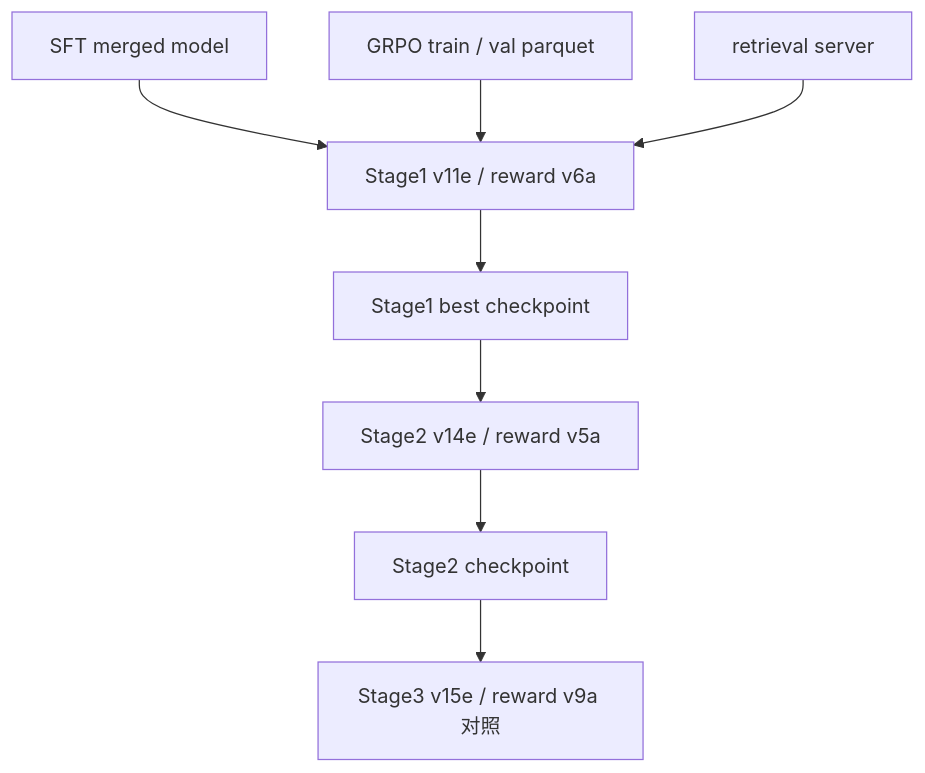
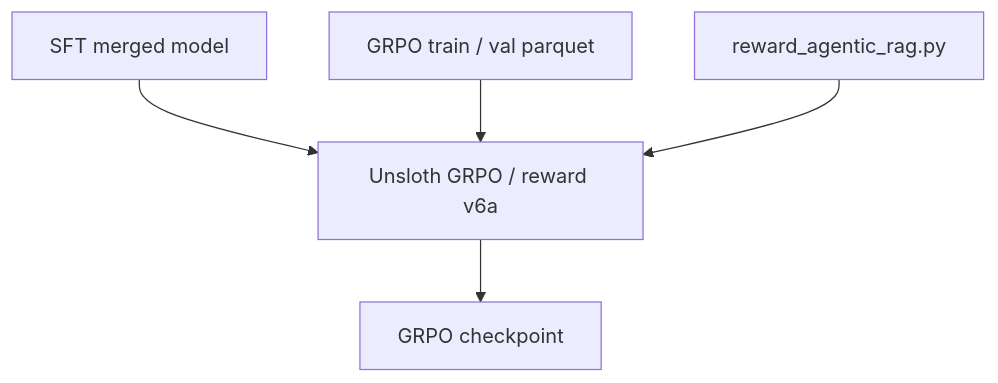
Diagram 15 of 16 in demo/README.md (Lafinger/AgenticRAG-RL), drawn with Mermaid before and after one commit. The commit also changed other lines of this file and 34 other files, not shown here.

````diff
--- a/demo/README.md
+++ b/demo/README.md
@@ -900,10 +900,7 @@
 ```mermaid
 flowchart TD
-    A["SFT merged model"] --> B["Stage1 v11e / reward v6a"]
+    A["SFT merged model"] --> B["Unsloth GRPO / reward v6a"]
     C["GRPO train / val parquet"] --> B
-    D["retrieval server"] --> B
-    B --> E["Stage1 best checkpoint"]
-    E --> F["Stage2 v14e / reward v5a"]
-    F --> G["Stage2 checkpoint"]
-    G --> H["Stage3 v15e / reward v9a 对照"]
+    D["reward_agentic_rag.py"] --> B
+    B --> E["GRPO checkpoint"]
 ```
````
